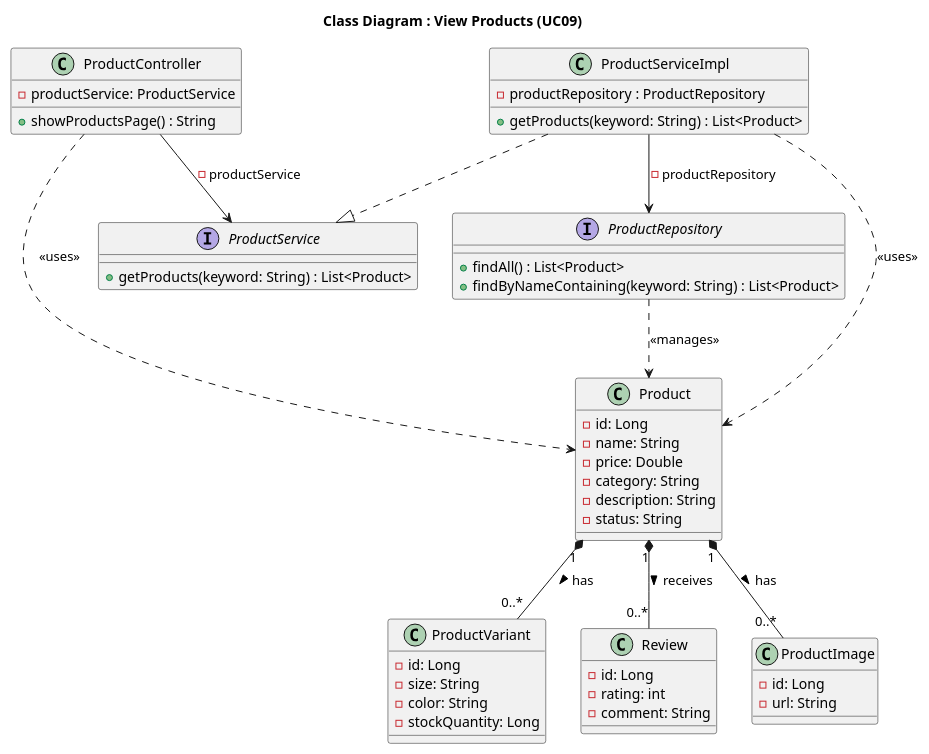
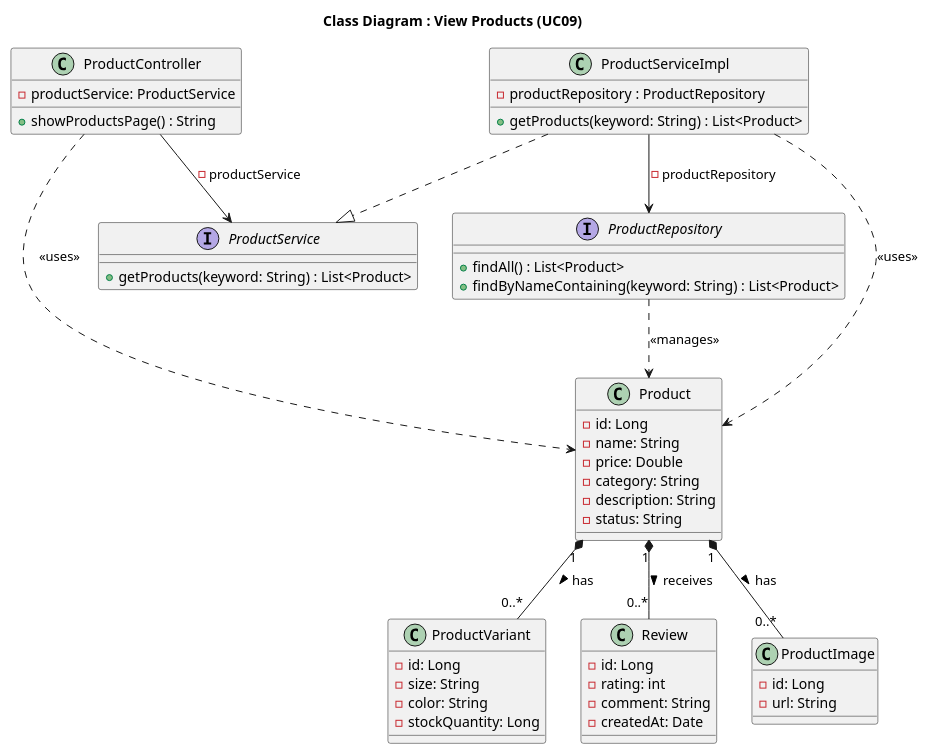
One commit to Peterdir/fashion-store-system changed the diagram in src/main/java/org/example/fashionstoresystem/uml/Class/CD09_ViewProducts.puml. Above: the diagram before and after it, drawn with PlantUML. The commit also changed 10 other files, not shown here.

Commit message:
Update Entity and Diagram

```diff
--- a/src/main/java/org/example/fashionstoresystem/uml/Class/CD09_ViewProducts.puml
+++ b/src/main/java/org/example/fashionstoresystem/uml/Class/CD09_ViewProducts.puml
@@ -1,75 +1,76 @@
 @startuml
 title Class Diagram : View Products (UC09)
 
 ' Controller
 class ProductController {
     - productService: ProductService
     + showProductsPage() : String
 }
 
 ' Service
 
 interface ProductService {
     + getProducts(keyword: String) : List<Product>
 }
 
 class ProductServiceImpl {
     - productRepository : ProductRepository
     + getProducts(keyword: String) : List<Product>
 }
 
 ' Repository
 
 interface ProductRepository {
     + findAll() : List<Product>
     + findByNameContaining(keyword: String) : List<Product>
 }
 
 ' Entity & DTO
 
 class Product {
     - id: Long
     - name: String
     - price: Double
     - category: String
     - description: String
     - status: String
 }
 
 class ProductVariant {
     - id: Long
     - size: String
     - color: String
     - stockQuantity: Long
 }
 
 class Review {
     - id: Long
     - rating: int
     - comment: String
+    - createdAt: Date
 }
 
 class ProductImage {
     - id: Long
     - url: String
 }
 
 ' Relationships
 
 Product "1" *-- "0..*" ProductImage : has >
 Product "1" *-- "0..*" ProductVariant : has >
 Product "1" *-- "0..*" Review : receives >
 
 ' Class implement Interface
 ProductServiceImpl ..|>ProductService
 
 ' Dependency Injection
 ProductController --> ProductService: - productService
 ProductServiceImpl --> ProductRepository: - productRepository
 
 ' Object Usage
 ProductController ..> Product : <<uses>>
 ProductServiceImpl ..> Product : <<uses>>
 ProductRepository ..> Product : <<manages>>
 
 @enduml
```
